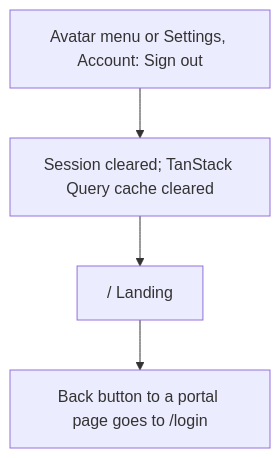
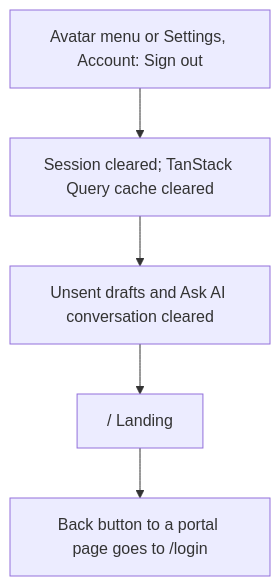
Before and after one commit to Ndukwopeace/CoNote: diagram 11 of 11 in docs/USER_FLOWS.md, drawn with Mermaid. The commit also changed other lines of this file and 2 other files, not shown here.

First line of the commit message:
Add gaps found in user flows to the requirements

````diff
--- a/docs/USER_FLOWS.md
+++ b/docs/USER_FLOWS.md
@@ -346,6 +346,6 @@
 ```mermaid
 flowchart TD
   A["Avatar menu or Settings, Account: Sign out"] --> B["Session cleared; TanStack Query cache cleared"]
-  B --> C["/ Landing"]
+  B --> B2["Unsent drafts and Ask AI conversation cleared"] --> C["/ Landing"]
   C --> D["Back button to a portal page goes to /login"]
 ```
````
